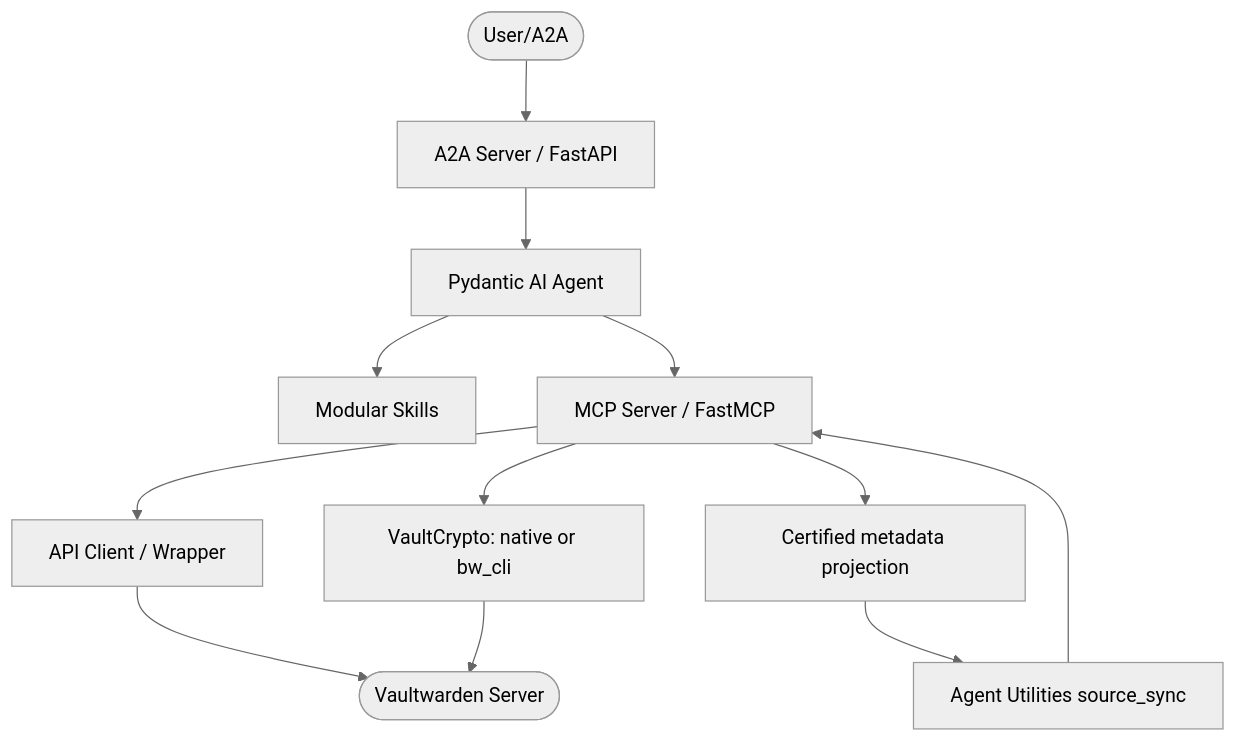
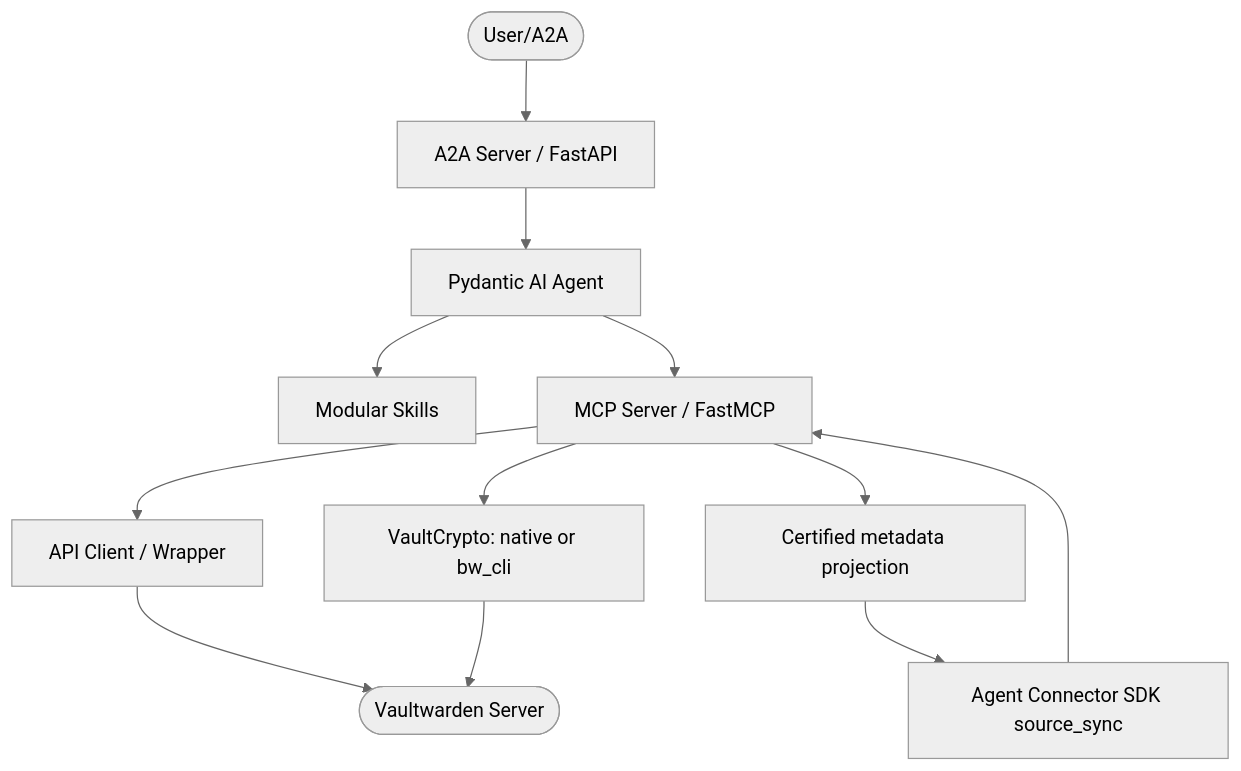
The first of 2 diagrams in AGENTS.md (Knuckles-Team/vaultwarden-mcp), drawn with Mermaid (neutral theme) before and after one commit. The commit also changed other lines of this file and 45 other files, not shown here.

First line of the commit message:
release: vaultwarden-mcp (SDK-only migration)

````diff
--- a/AGENTS.md
+++ b/AGENTS.md
@@ -27,14 +27,14 @@
 ```mermaid
 graph TD
     User([User/A2A]) --> Server[A2A Server / FastAPI]
     Server --> Agent[Pydantic AI Agent]
     Agent --> Skills[Modular Skills]
     Agent --> MCP[MCP Server / FastMCP]
     MCP --> Client[API Client / Wrapper]
-    SourceSync[Agent Utilities source_sync] --> MCP
+    SourceSync[Agent Connector SDK source_sync] --> MCP
     MCP --> Projection[Certified metadata projection]
     Projection --> SourceSync
     Client --> ExternalAPI([Vaultwarden Server])
     MCP --> Crypto[VaultCrypto: native or bw_cli]
     Crypto --> ExternalAPI
 ```
````
